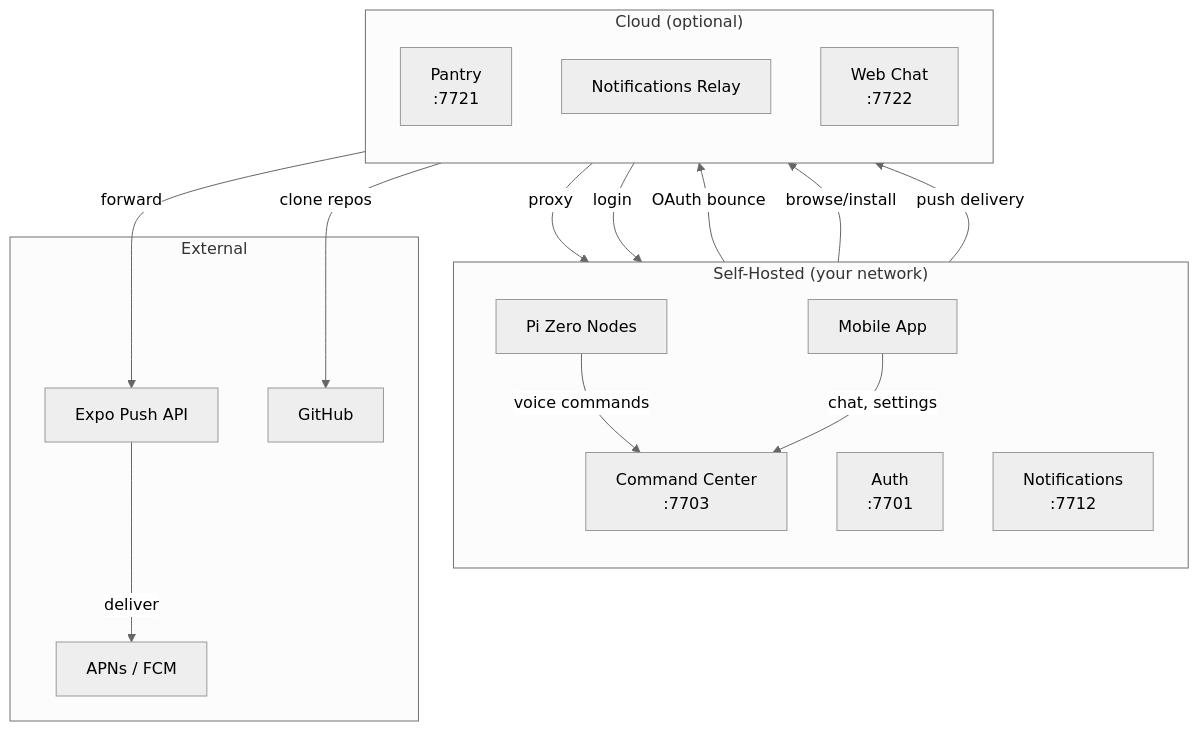
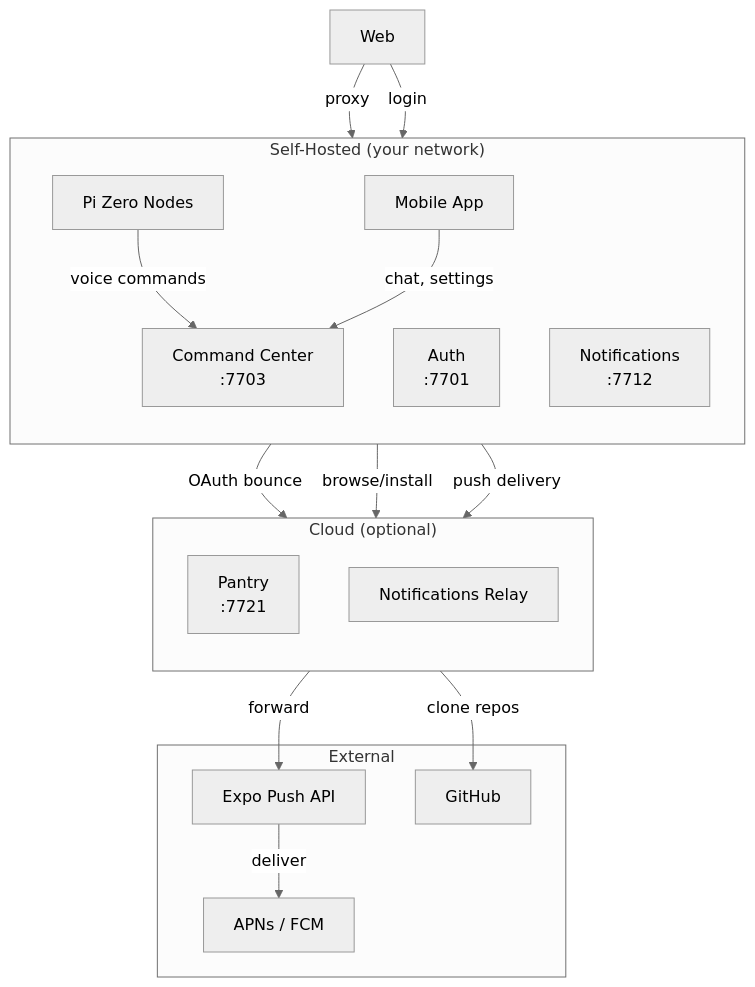
The first of 3 diagrams in docs/architecture/cloud.md (alexberardi/jarvis-docs), drawn with Mermaid (neutral theme) before and after one commit. The commit also changed other lines of this file and 5 other files, not shown here.

First line of the commit message:
docs: retire jarvis-web, point browser chat at the jarvisd web app (#180)

````diff
--- a/docs/architecture/cloud.md
+++ b/docs/architecture/cloud.md
@@ -7,38 +7,37 @@
 ```mermaid
 graph TB
     subgraph Self-Hosted ["Self-Hosted (your network)"]
         direction TB
         CC["Command Center<br/>:7703"]
         Auth["Auth<br/>:7701"]
         Notify["Notifications<br/>:7712"]
         Node["Pi Zero Nodes"]
         Mobile["Mobile App"]
     end
 
     subgraph Cloud ["Cloud (optional)"]
         direction TB
         Pantry["Pantry<br/>:7721"]
         Relay["Notifications Relay"]
-        Web["Web Chat<br/>:7722"]
     end
 
     subgraph External ["External"]
         Expo["Expo Push API"]
         GitHub["GitHub"]
         APNs["APNs / FCM"]
     end
 
     Node -->|voice commands| CC
     Mobile -->|chat, settings| CC
     Mobile -->|OAuth bounce| Relay
 
     CC -->|browse/install| Pantry
     Pantry -->|clone repos| GitHub
 
     Notify -->|push delivery| Relay
     Relay -->|forward| Expo
     Expo -->|deliver| APNs
 
     Web -->|proxy| CC
     Web -->|login| Auth
 ```
````
